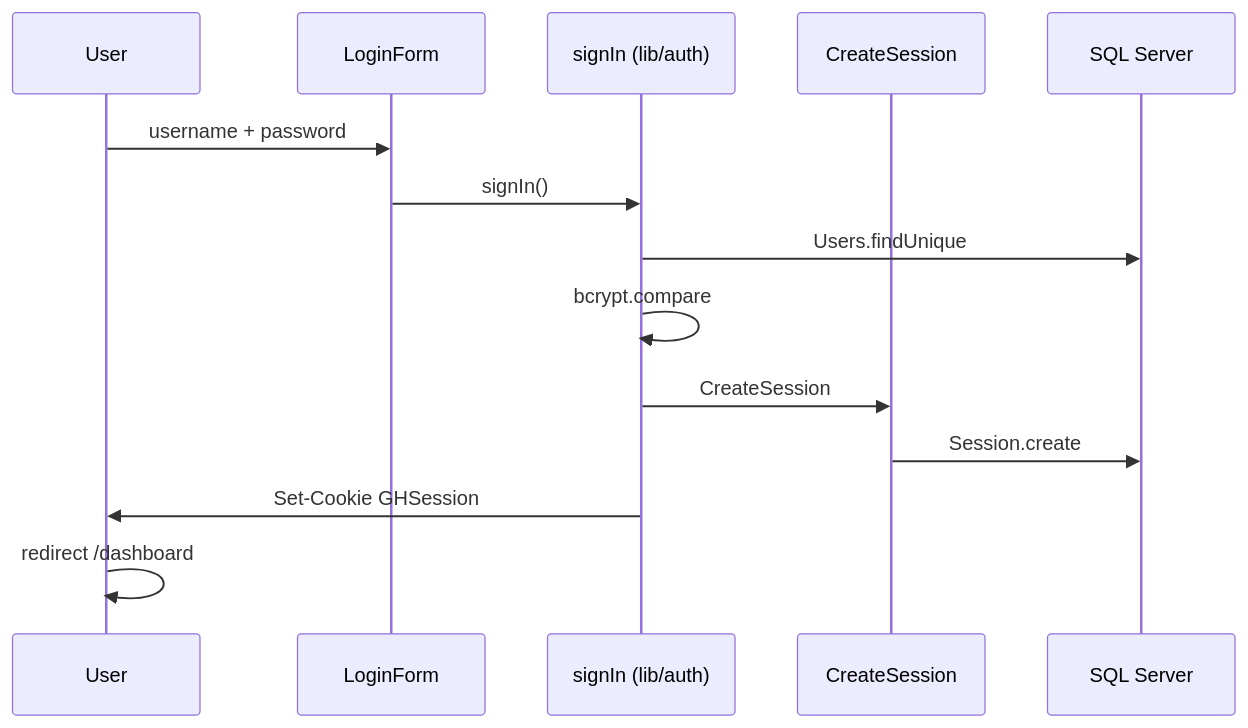
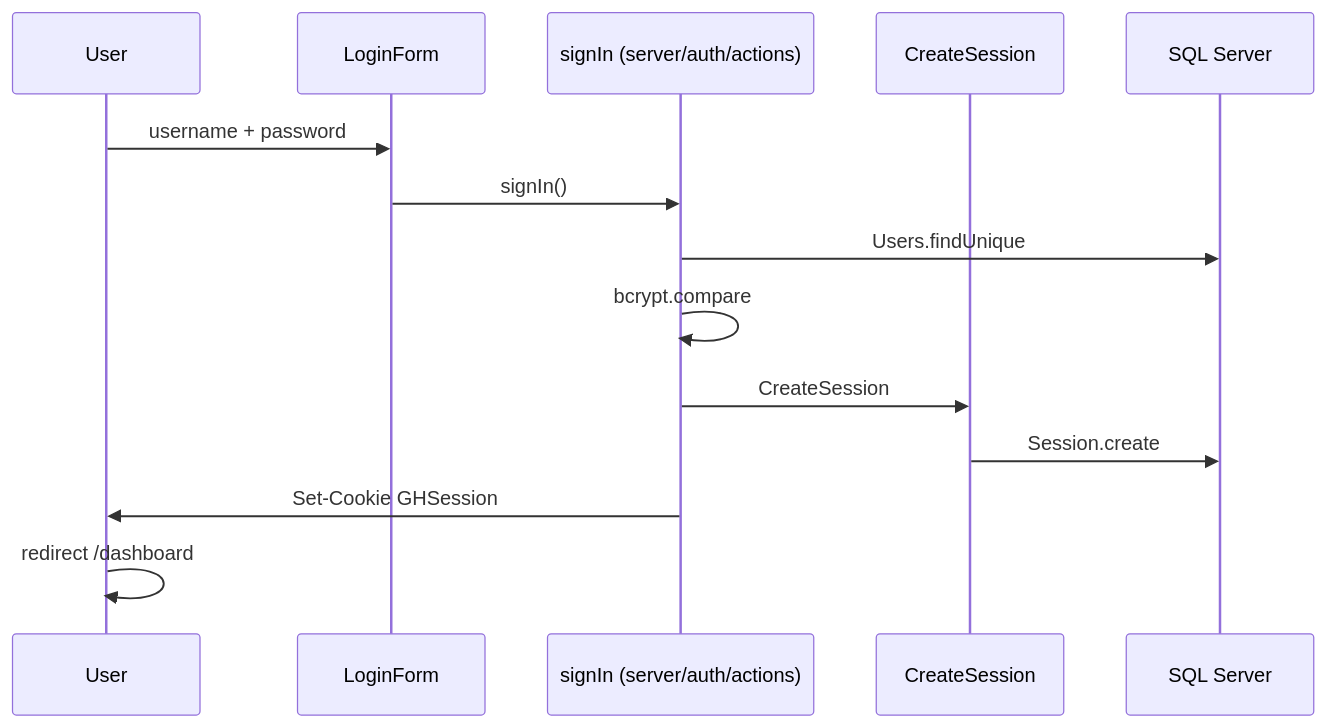
The first of 2 diagrams in docs/DOCUMENTATION.en.md (mgharebaghi/greenhouses), drawn with Mermaid before and after one commit. The commit also changed other lines of this file and 461 other files, not shown here.

Commit message:
Refactor feature boundaries, shared UI and validated server actions

````diff
--- a/docs/DOCUMENTATION.en.md
+++ b/docs/DOCUMENTATION.en.md
@@ -193,17 +193,17 @@
 ```mermaid
 sequenceDiagram
     participant U as User
     participant L as LoginForm
-    participant A as signIn (lib/auth)
+    participant A as signIn (server/auth/actions)
     participant S as CreateSession
     participant DB as SQL Server
 
     U->>L: username + password
     L->>A: signIn()
     A->>DB: Users.findUnique
     A->>A: bcrypt.compare
     A->>S: CreateSession
     S->>DB: Session.create
     A->>U: Set-Cookie GHSession
     U->>U: redirect /dashboard
 ```
````
